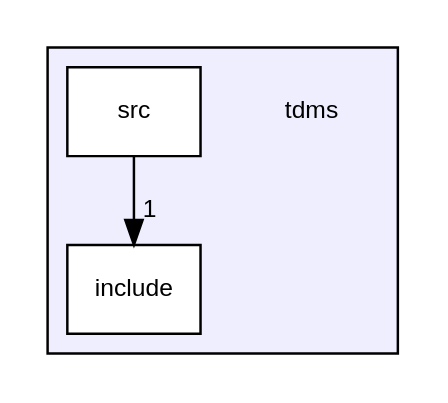
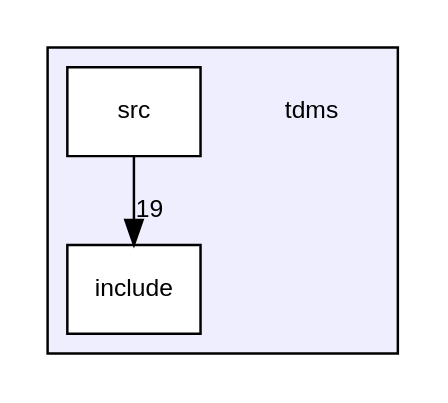
The diagram in dir_dfaedd75726dc0f14b5d7f96fe9da9ad_dep.dot (UCL/TDMS), drawn with Graphviz before and after one commit. The commit also changed 136 other files, not shown here.

```diff
--- a/dir_dfaedd75726dc0f14b5d7f96fe9da9ad_dep.dot
+++ b/dir_dfaedd75726dc0f14b5d7f96fe9da9ad_dep.dot
@@ -1,12 +1,12 @@
 digraph "tdms" {
   compound=true
   node [ fontsize="10", fontname="Helvetica"];
   edge [ labelfontsize="10", labelfontname="Helvetica"];
   subgraph clusterdir_dfaedd75726dc0f14b5d7f96fe9da9ad {
     graph [ bgcolor="#eeeeff", pencolor="black", label="" URL="dir_dfaedd75726dc0f14b5d7f96fe9da9ad.html"];
     dir_dfaedd75726dc0f14b5d7f96fe9da9ad [shape=plaintext label="tdms"];
     dir_31151eb6fe72a8c6f09675be35b4e99c [shape=box label="include" color="black" fillcolor="white" style="filled" URL="dir_31151eb6fe72a8c6f09675be35b4e99c.html"];
     dir_31743c9f8cb9d8e1833bb08943f9ef81 [shape=box label="src" color="black" fillcolor="white" style="filled" URL="dir_31743c9f8cb9d8e1833bb08943f9ef81.html"];
   }
-  dir_31743c9f8cb9d8e1833bb08943f9ef81->dir_31151eb6fe72a8c6f09675be35b4e99c [headlabel="1", labeldistance=1.5 headhref="dir_000003_000002.html"];
+  dir_31743c9f8cb9d8e1833bb08943f9ef81->dir_31151eb6fe72a8c6f09675be35b4e99c [headlabel="19", labeldistance=1.5 headhref="dir_000003_000002.html"];
 }
```
